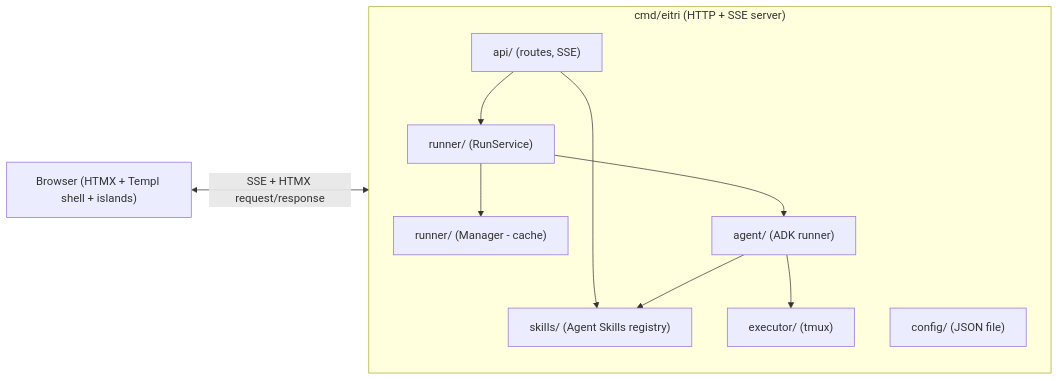
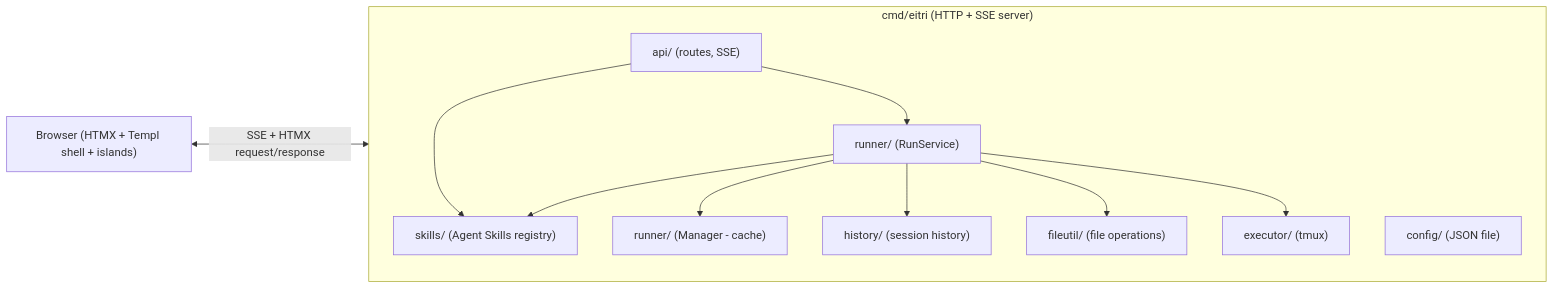
One commit to glemsom/eitri changed the first of 2 diagrams in docs/ARCHITECTURE.md. Above: the diagram before and after it, drawn with Mermaid. The commit also changed other lines of this file and 10 other files, not shown here.

First line of the commit message:
Delete internal/agent package — all usages migrated to internal/history and internal/fileutil (#250)

````diff
--- a/docs/ARCHITECTURE.md
+++ b/docs/ARCHITECTURE.md
@@ -10,22 +10,24 @@
 ```mermaid
 flowchart LR
     Browser["Browser (HTMX + Templ shell + islands)"]
 
     subgraph Server["cmd/eitri (HTTP + SSE server)"]
         API["api/ (routes, SSE)"]
         RunSvc["runner/ (RunService)"]
         Runner["runner/ (Manager - cache)"]
-        Agent["agent/ (ADK runner)"]
+        History["history/ (session history)"]
+        FileUtil["fileutil/ (file operations)"]
         Skills["skills/ (Agent Skills registry)"]
         Executor["executor/ (tmux)"]
         Config["config/ (JSON file)"]
     end
 
     Browser <-->|SSE + HTMX request/response| Server
     API --> RunSvc
     API --> Skills
     RunSvc --> Runner
-    RunSvc --> Agent
-    Agent --> Skills
-    Agent --> Executor
+    RunSvc --> History
+    RunSvc --> FileUtil
+    RunSvc --> Skills
+    RunSvc --> Executor
 ```
````
